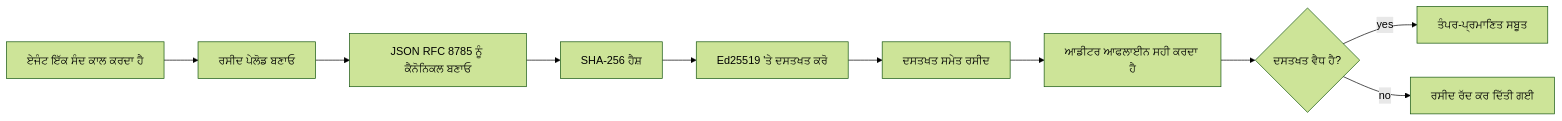
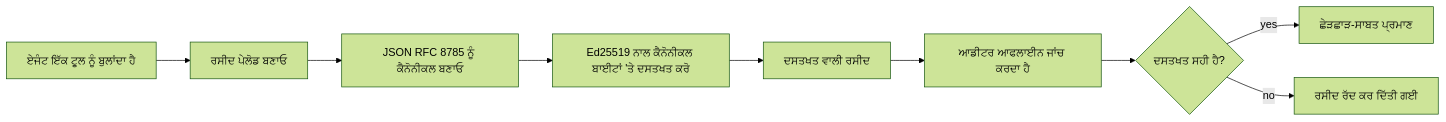
The first of 2 diagrams in translations/pa/18-securing-ai-agents/README.md (microsoft/ai-agents-for-beginners), drawn with Mermaid (forest theme) before and after one commit. The commit also changed other lines of this file and 46 other files, not shown here.

````diff
--- a/translations/pa/18-securing-ai-agents/README.md
+++ b/translations/pa/18-securing-ai-agents/README.md
@@ -51,12 +51,11 @@
 ```mermaid
 flowchart LR
-    A[ਏਜੰਟ ਇੱਕ ਸੰਦ ਕਾਲ ਕਰਦਾ ਹੈ] --> B[ਰਸੀਦ ਪੇਲੋਡ ਬਣਾਓ]
-    B --> C[JSON RFC 8785 ਨੂੰ ਕੈਨੋਨਿਕਲ ਬਣਾਓ]
-    C --> D[SHA-256 ਹੈਸ਼]
-    D --> E[Ed25519 'ਤੇ ਦਸਤਖਤ ਕਰੋ]
-    E --> F[ਦਸਤਖਤ ਸਮੇਤ ਰਸੀਦ]
-    F --> G[ਆਡੀਟਰ ਆਫਲਾਈਨ ਸਹੀ ਕਰਦਾ ਹੈ]
-    G --> H{ਦਸਤਖਤ ਵੈਧ ਹੈ?}
-    H -- yes --> I[ਤੰਪਰ-ਪ੍ਰਮਾਣਿਤ ਸਬੂਤ]
+    A[ਏਜੰਟ ਇੱਕ ਟੂਲ ਨੂੰ ਬੁਲਾਂਦਾ ਹੈ] --> B[ਰਸੀਦ ਪੇਲੋਡ ਬਣਾਓ]
+    B --> C[JSON RFC 8785 ਨੂੰ ਕੈਨੋਨੀਕਲ ਬਣਾਓ]
+    C --> E[Ed25519 ਨਾਲ ਕੈਨੋਨੀਕਲ ਬਾਈਟਾਂ 'ਤੇ ਦਸਤਖਤ ਕਰੋ]
+    E --> F[ਦਸਤਖਤ ਵਾਲੀ ਰਸੀਦ]
+    F --> G[ਆਡੀਟਰ ਆਫਲਾਈਨ ਜਾਂਚ ਕਰਦਾ ਹੈ]
+    G --> H{ਦਸਤਖਤ ਸਹੀ ਹੈ?}
+    H -- yes --> I[ਛੇੜਛਾੜ-ਸਾਬਤ ਪ੍ਰਮਾਣ]
     H -- no --> J[ਰਸੀਦ ਰੱਦ ਕਰ ਦਿੱਤੀ ਗਈ]
 ```
````
